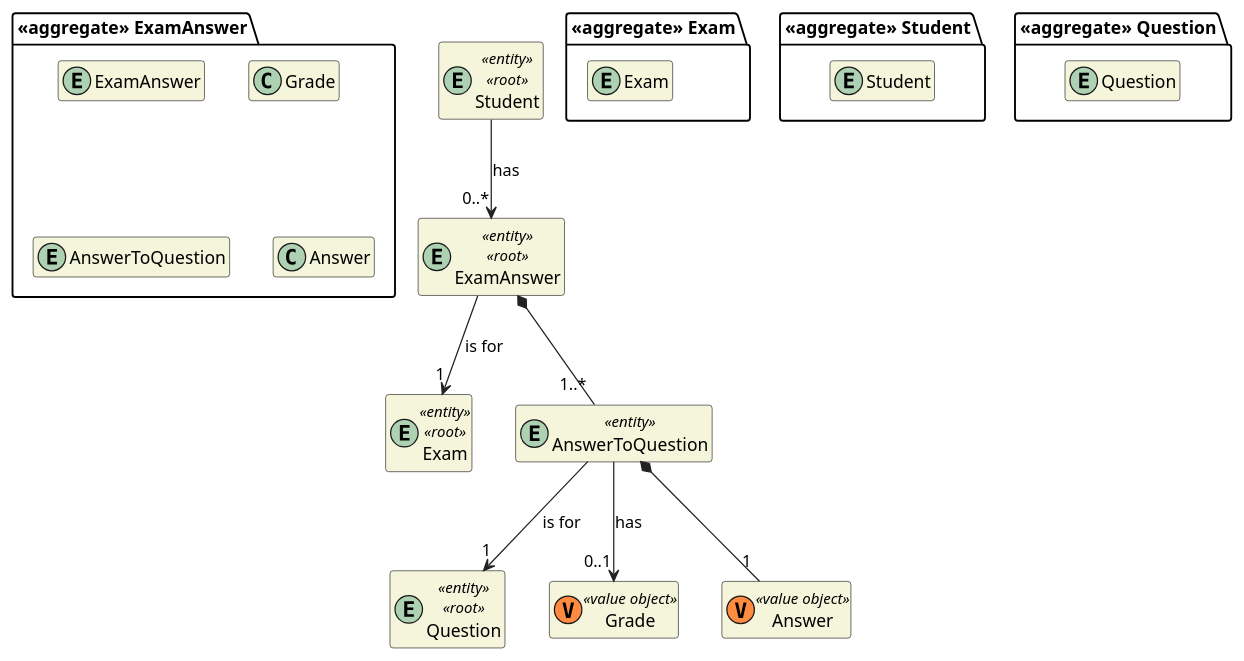
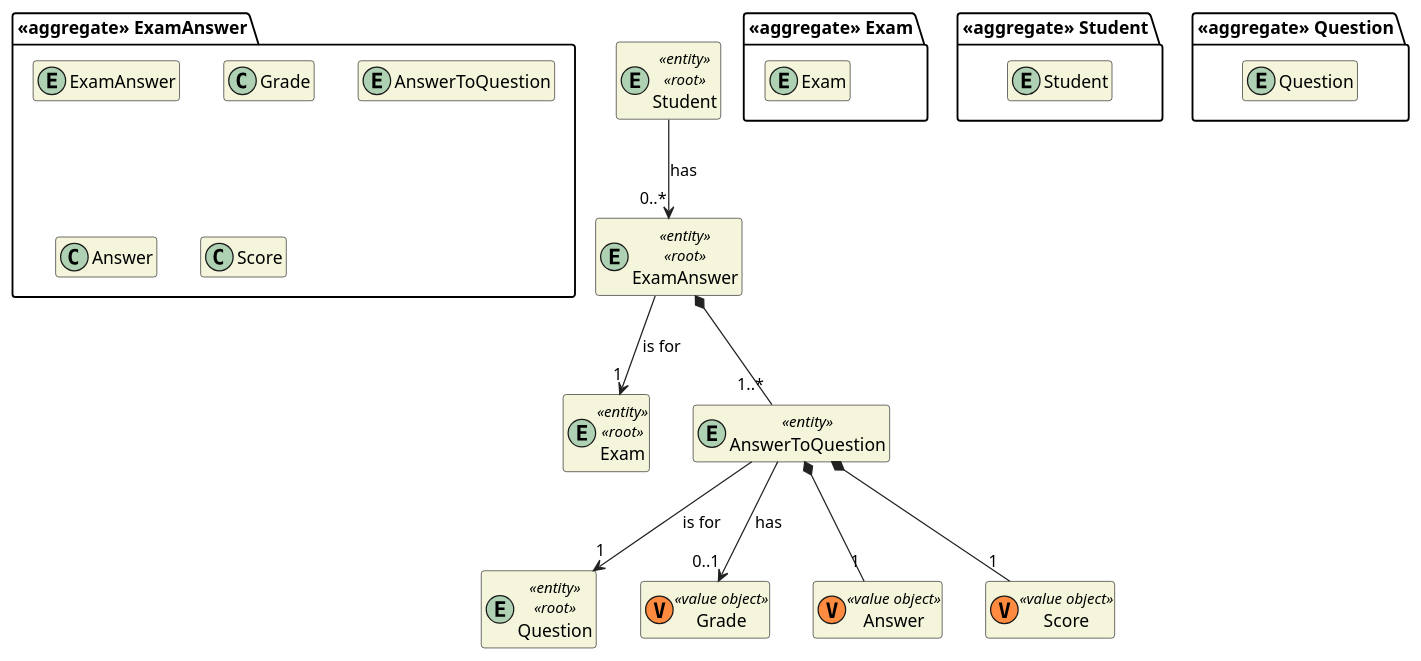
One commit to miseEnPlace-dev/lapr4 changed the diagram in docs/dm/DM_ExamAnswer.puml. Above: the diagram before and after it, drawn with PlantUML.

Commit message:
docs: updated exam answer dm

```diff
--- a/docs/dm/DM_ExamAnswer.puml
+++ b/docs/dm/DM_ExamAnswer.puml
@@ -1,54 +1,57 @@
 @startuml DM-EXAM-ANSWER
 'https://plantuml.com/class-diagram
 
 skinparam classAttributeIconSize 0
 hide empty attributes
 hide empty methods
 skinparam classBackgroundColor beige
 skinparam ArrowColor #222222
 
 package "<<aggregate>> Exam" {
   entity Exam
 }
 
 package "<<aggregate>> Student" {
   entity Student
 }
 
 entity Student <<entity>> <<root>> {
 }
 
 package "<<aggregate>> Question" {
   entity Question
 }
 
 entity Question <<entity>> <<root>> {
 }
 
 package "<<aggregate>> ExamAnswer" {
   entity ExamAnswer
 
   class Grade
 
   entity AnswerToQuestion
   class Answer
+  class Score
 }
 
 entity ExamAnswer <<entity>> <<root>> {}
 
 class Grade <<(V,#FF8B40) value object>> {}
 class Answer <<(V,#FF8B40) value object>> {}
+class Score <<(V,#FF8B40) value object>> {}
 
 entity Exam <<entity>> <<root>> {}
 entity AnswerToQuestion <<entity>> {}
 
 Student --> "0..*"ExamAnswer : has
 ExamAnswer --> "1" Exam : is for
 AnswerToQuestion --> "0..1" Grade : has
 
 AnswerToQuestion --> "1" Question : is for
 AnswerToQuestion *-- "1" Answer
+AnswerToQuestion *-- "1" Score
 
 ExamAnswer *-- "1..*" AnswerToQuestion
 
 @enduml
```
